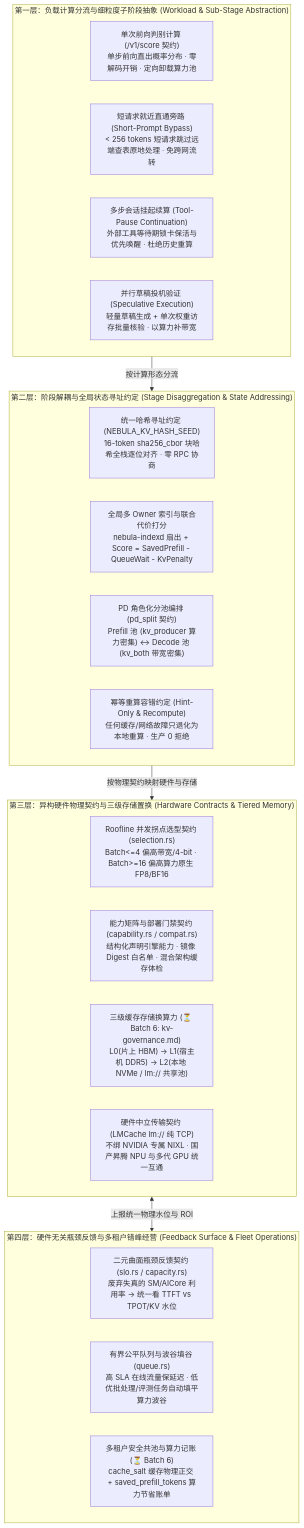
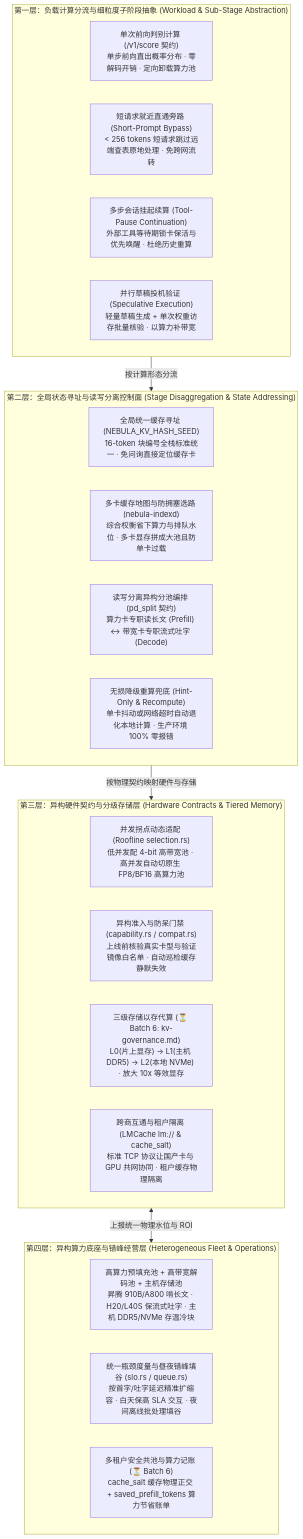
One commit to EeroEternal/nebula changed the diagram in docs/dev/heterogeneous-compute.md. Above: the diagram before and after it, drawn with Mermaid. The commit also changed other lines of this file and 1 other file, not shown here.

First line of the commit message:
docs(dev): refine L3, L2, and L1 wording for carrier IDC operations

````diff
--- a/docs/dev/heterogeneous-compute.md
+++ b/docs/dev/heterogeneous-compute.md
@@ -39,33 +39,33 @@
 ```mermaid
 flowchart TB
     subgraph L4_Workload["第一层：负载计算分流与细粒度子阶段抽象 (Workload & Sub-Stage Abstraction)"]
         W1["单次前向判别计算 (/v1/score 契约)<br/>单步前向直出概率分布 · 零解码开销 · 定向卸载算力池"]
         W2["短请求就近直通旁路 (Short-Prompt Bypass)<br/>&lt; 256 tokens 短请求跳过远端查表原地处理 · 免跨网流转"]
         W3["多步会话挂起续算 (Tool-Pause Continuation)<br/>外部工具等待期锁卡保活与优先唤醒 · 杜绝历史重算"]
         W4["并行草稿投机验证 (Speculative Execution)<br/>轻量草稿生成 + 单次权重访存批量核验 · 以算力补带宽"]
     end
 
-    subgraph L3_StageState["第二层：阶段解耦与全局状态寻址约定 (Stage Disaggregation & State Addressing)"]
-        S1["统一哈希寻址约定 (NEBULA_KV_HASH_SEED)<br/>16-token sha256_cbor 块哈希全栈逐位对齐 · 零 RPC 协商"]
-        S2["全局多 Owner 索引与联合代价打分<br/>nebula-indexd 扇出 + Score = SavedPrefill - QueueWait - KvPenalty"]
-        S3["PD 角色化分池编排 (pd_split 契约)<br/>Prefill 池 (kv_producer 算力密集) ↔ Decode 池 (kv_both 带宽密集)"]
-        S4["幂等重算容错约定 (Hint-Only & Recompute)<br/>任何缓存/网络故障只退化为本地重算 · 生产 0 拒绝"]
+    subgraph L3_StageState["第二层：全局状态寻址与读写分离控制面 (Stage Disaggregation & State Addressing)"]
+        S1["全局统一缓存寻址 (NEBULA_KV_HASH_SEED)<br/>16-token 块编号全栈标准统一 · 免问询直接定位缓存卡"]
+        S2["多卡缓存地图与防拥塞选路 (nebula-indexd)<br/>综合权衡省下算力与排队水位 · 多卡显存拼成大池且防单卡过载"]
+        S3["读写分离异构分池编排 (pd_split 契约)<br/>算力卡专职读长文 (Prefill) ↔ 带宽卡专职流式吐字 (Decode)"]
+        S4["无损降级重算兜底 (Hint-Only & Recompute)<br/>单卡抖动或网络超时自动退化本地计算 · 生产环境 100% 零报错"]
     end
 
-    subgraph L2_HardwareContract["第三层：异构硬件物理契约与三级存储置换 (Hardware Contracts & Tiered Memory)"]
-        H1["Roofline 并发拐点选型契约 (selection.rs)<br/>Batch&lt;=4 偏高带宽/4-bit · Batch&gt;=16 偏高算力原生 FP8/BF16"]
-        H2["能力矩阵与部署门禁契约 (capability.rs / compat.rs)<br/>结构化声明引擎能力 · 镜像 Digest 白名单 · 混合架构缓存体检"]
-        H3["三级缓存存储换算力 (⏳ Batch 6: kv-governance.md)<br/>L0(片上 HBM) → L1(宿主机 DDR5) → L2(本地 NVMe / lm:// 共享池)"]
-        H4["硬件中立传输契约 (LMCache lm:// 纯 TCP)<br/>不绑 NVIDIA 专属 NIXL · 国产昇腾 NPU 与多代 GPU 统一互通"]
+    subgraph L2_HardwareContract["第三层：异构硬件契约与分级存储层 (Hardware Contracts & Tiered Memory)"]
+        H1["并发拐点动态适配 (Roofline selection.rs)<br/>低并发配 4-bit 高带宽池 · 高并发自动切原生 FP8/BF16 高算力池"]
+        H2["异构准入与防呆门禁 (capability.rs / compat.rs)<br/>上线前核验真实卡型与验证镜像白名单 · 自动巡检缓存静默失效"]
+        H3["三级存储以存代算 (⏳ Batch 6: kv-governance.md)<br/>L0(片上显存) → L1(主机 DDR5) → L2(本地 NVMe) · 放大 10x 等效显存"]
+        H4["跨商互通与租户隔离 (LMCache lm:// & cache_salt)<br/>标准 TCP 协议让国产卡与 GPU 共网协同 · 租户缓存物理隔离"]
     end
 
-    subgraph L1_FeedbackOps["第四层：硬件无关瓶颈反馈与多租户错峰经营 (Feedback Surface & Fleet Operations)"]
-        O1["二元曲面瓶颈反馈契约 (slo.rs / capacity.rs)<br/>废弃失真的 SM/AICore 利用率 → 统一看 TTFT vs TPOT/KV 水位"]
-        O2["有界公平队列与波谷填谷 (queue.rs)<br/>高 SLA 在线流量保延迟 · 低优批处理/评测任务自动填平算力波谷"]
+    subgraph L1_FeedbackOps["第四层：异构算力底座与错峰经营层 (Heterogeneous Fleet & Operations)"]
+        O1["高算力预填充池 + 高带宽解码池 + 主机存储池<br/>昇腾 910B/A800 啃长文 · H20/L40S 保流式吐字 · 主机 DDR5/NVMe 存温冷块"]
+        O2["统一瓶颈度量与昼夜错峰填谷 (slo.rs / queue.rs)<br/>按首字/吐字延迟精准扩缩容 · 白天保高 SLA 交互 · 夜间离线批处理填谷"]
         O3["多租户安全共池与算力记账 (⏳ Batch 6)<br/>cache_salt 缓存物理正交 + saved_prefill_tokens 算力节省账单"]
     end
 
     L4_Workload -->|"按计算形态分流"| L3_StageState
     L3_StageState -->|"按物理契约映射硬件与存储"| L2_HardwareContract
     L2_HardwareContract <-->|"上报统一物理水位与 ROI"| L1_FeedbackOps
 ```
````
